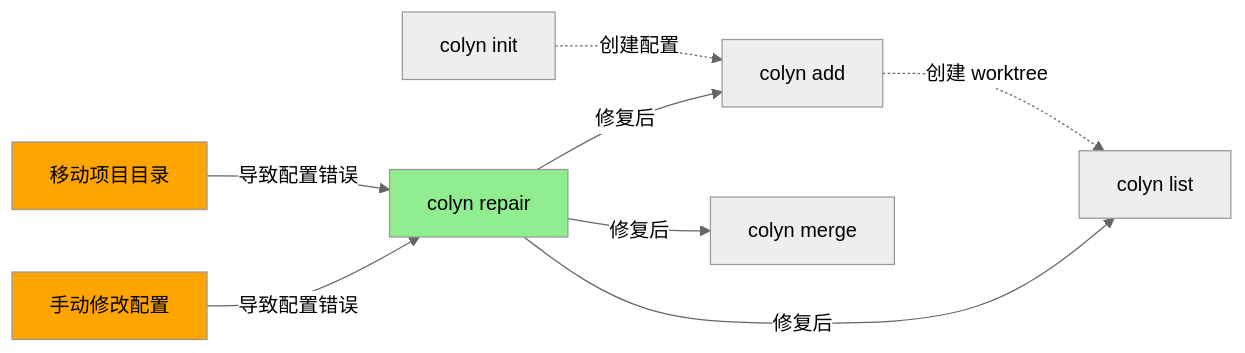
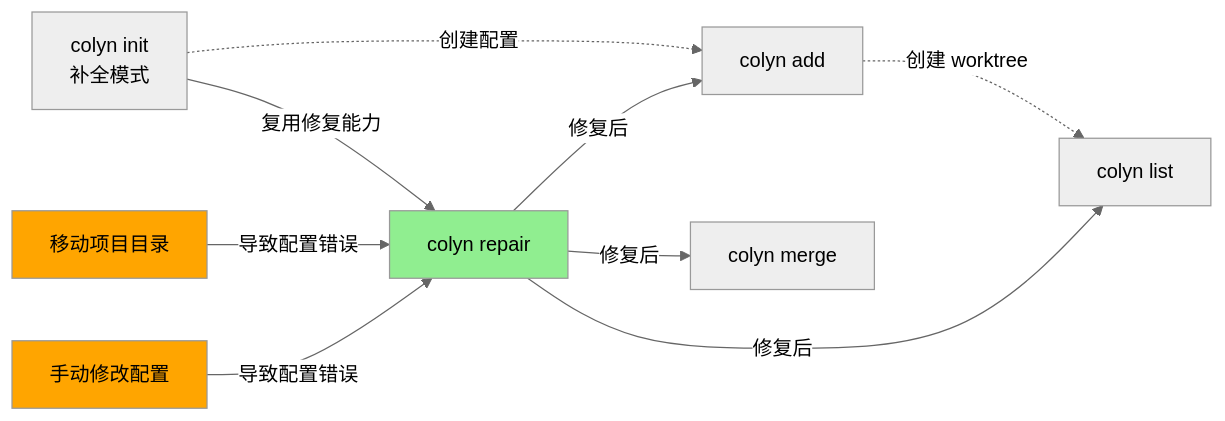
One commit to colin-han/colyn changed the fourth of 4 diagrams in docs/zh-CN/develop/design/commands/design-repair-command.md. Above: the diagram before and after it, drawn with Mermaid (neutral theme). The commit also changed other lines of this file and 18 other files, not shown here.

First line of the commit message:
refactor(repair,init): 运行时配置修复全面插件化，init 补全模式复用 repair

````diff
--- a/docs/zh-CN/develop/design/commands/design-repair-command.md
+++ b/docs/zh-CN/develop/design/commands/design-repair-command.md
@@ -477,16 +501,17 @@
 ```mermaid
 graph LR
-    Init[colyn init] -.->|创建配置| Add[colyn add]
+    Init[colyn init<br/>补全模式] -->|复用修复能力| Repair
+    Init -.->|创建配置| Add[colyn add]
     Add -.->|创建 worktree| List[colyn list]
 
     Move[移动项目目录] -->|导致配置错误| Repair[colyn repair]
     Edit[手动修改配置] -->|导致配置错误| Repair
 
     Repair -->|修复后| List
     Repair -->|修复后| Add
     Repair -->|修复后| Merge[colyn merge]
 
     style Repair fill:#90EE90
     style Move fill:#FFA500
     style Edit fill:#FFA500
 ```
````
